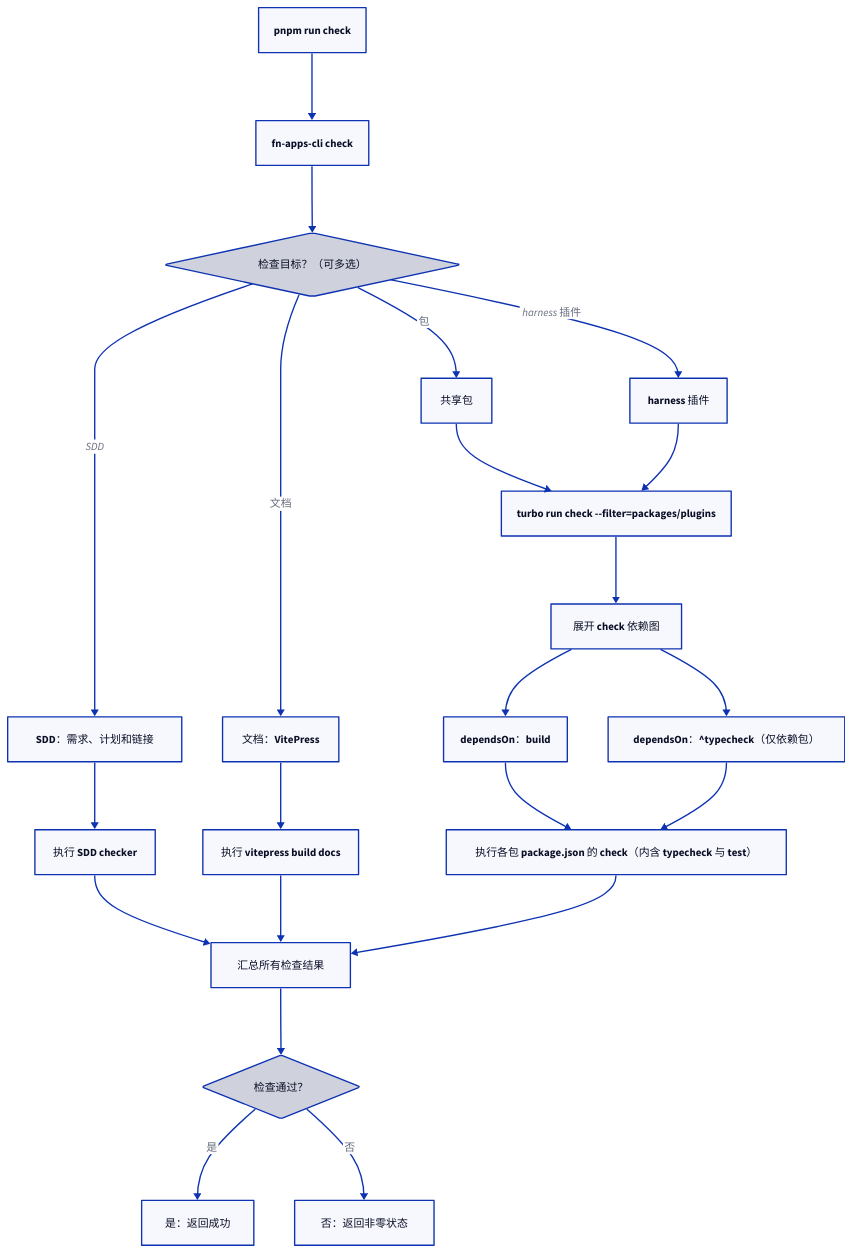
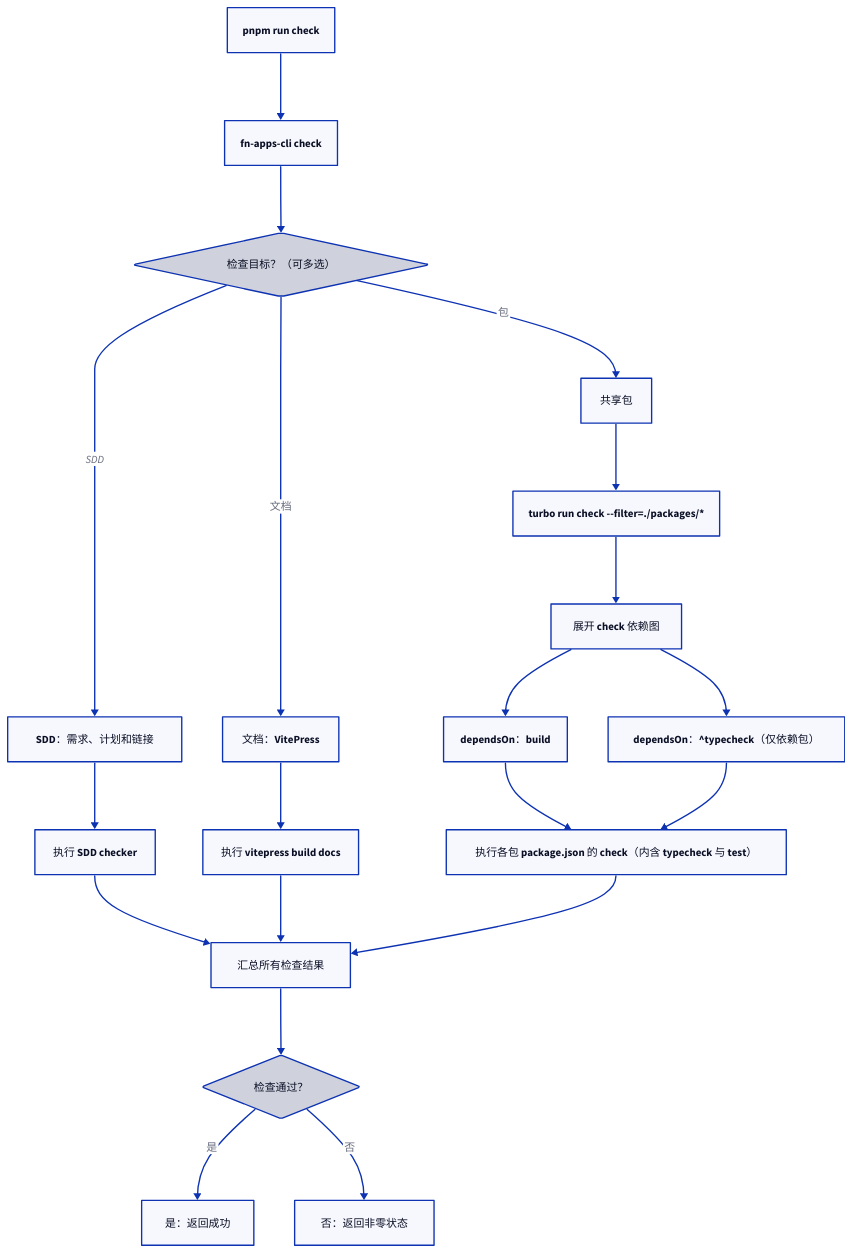
The seventh of 12 diagrams in docs/development/package-tasks-and-turbo.md (tnnevol/fn-os-apps), drawn with D2 before and after one commit. The commit also changed other lines of this file and 504 other files, not shown here.

First line of the commit message:
refactor(dsh): drop DeepSeek Harness app, plugins and docs

````diff
--- a/docs/development/package-tasks-and-turbo.md
+++ b/docs/development/package-tasks-and-turbo.md
@@ -270,47 +227,44 @@
 ```d2
 direction: down
 
 command: "pnpm run check"
 cli: "fn-apps-cli check"
 select: {
   label: "检查目标？（可多选）"
   shape: diamond
 }
 sdd: "SDD：需求、计划和链接"
 docs: "文档：VitePress"
 packages: "共享包"
-plugins: "harness 插件"
 directSdd: "执行 SDD checker"
 directDocs: "执行 vitepress build docs"
-turbo: "turbo run check --filter=packages/plugins"
+turbo: "turbo run check --filter=./packages/*"
 turboGraph: "展开 check 依赖图"
 build: "dependsOn：build"
 typecheck: "dependsOn：^typecheck（仅依赖包）"
 checkRun: "执行各包 package.json 的 check（内含 typecheck 与 test）"
 summary: "汇总所有检查结果"
 status: {
   label: "检查通过？"
   shape: diamond
 }
 result: "是：返回成功"
 fail: "否：返回非零状态"
 
 command -> cli -> select
 select -> sdd: SDD
 select -> docs: 文档
 select -> packages: 包
-select -> plugins: harness 插件
 sdd -> directSdd -> summary
 docs -> directDocs -> summary
 packages -> turbo
-plugins -> turbo
 turbo -> turboGraph
 turboGraph -> build
 turboGraph -> typecheck
 build -> checkRun
 typecheck -> checkRun
 checkRun -> summary
 summary -> status
 status -> result: 是
 status -> fail: 否
 ```
````
